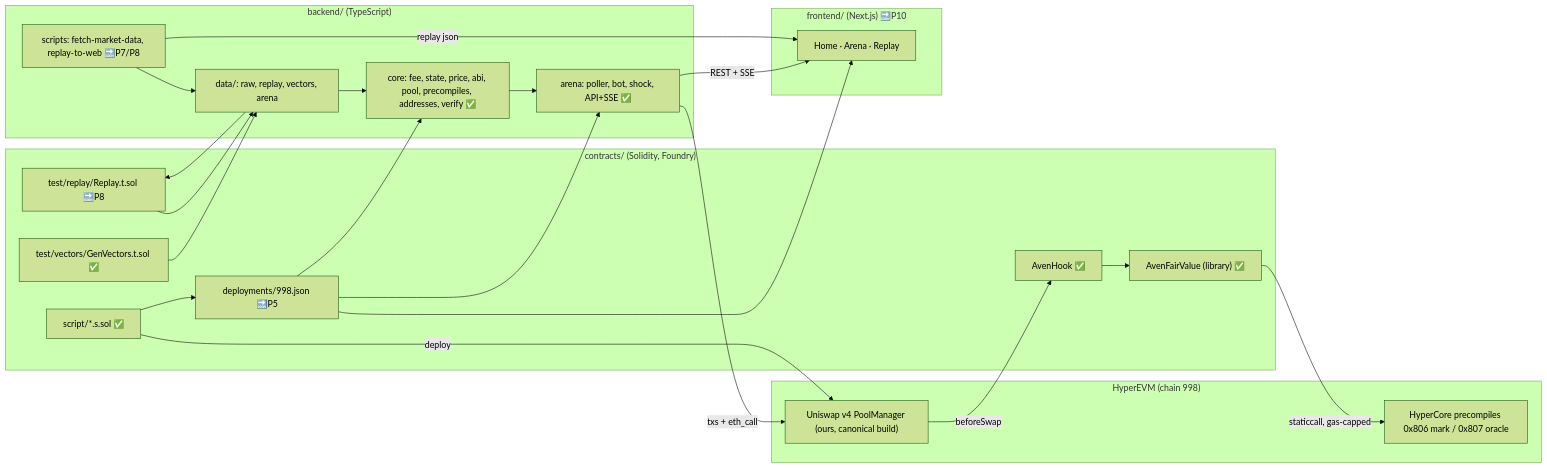
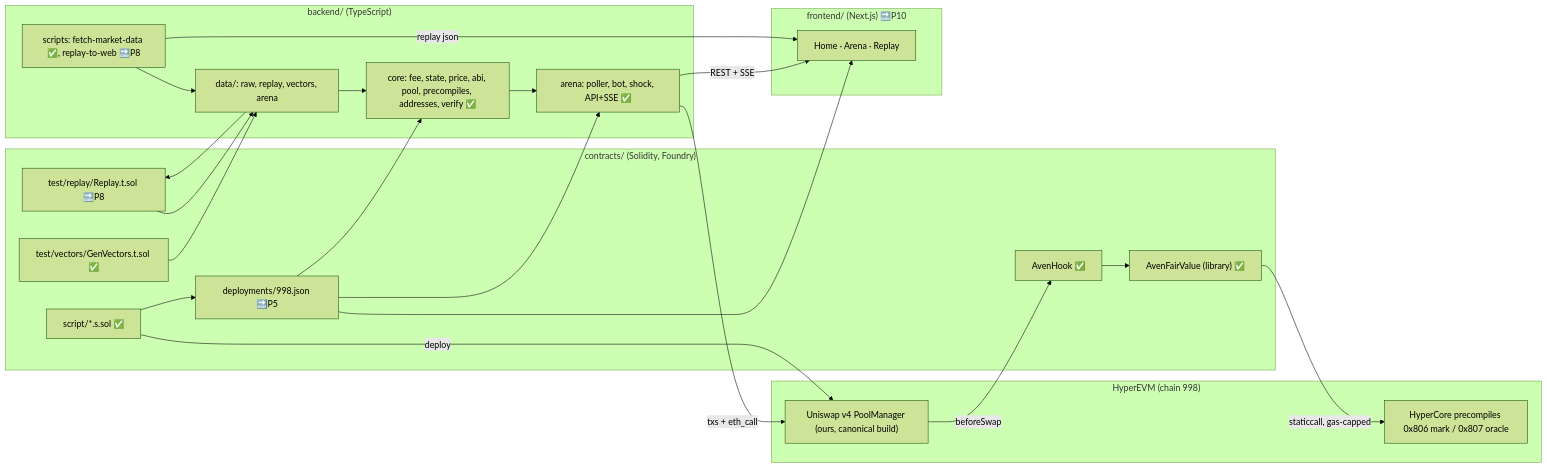
The diagram in docs/FLOW.md (SATISH-JALAN/Aven), drawn with Mermaid (forest theme) before and after one commit. The commit also changed other lines of this file and 17 other files, not shown here.

First line of the commit message:
data: fetch Hyperliquid market data for replay scenarios

````diff
--- a/docs/FLOW.md
+++ b/docs/FLOW.md
@@ -13,34 +13,34 @@
 ```mermaid
 flowchart LR
   subgraph contracts["contracts/ (Solidity, Foundry)"]
     FV["AvenFairValue (library) ✅"]
     HK["AvenHook ✅"]
     SC["script/*.s.sol ✅"]
     DEP["deployments/998.json 🔜P5"]
     REP["test/replay/Replay.t.sol 🔜P8"]
     VEC["test/vectors/GenVectors.t.sol ✅"]
   end
   subgraph chain["HyperEVM (chain 998)"]
     PM["Uniswap v4 PoolManager (ours, canonical build)"]
     PC["HyperCore precompiles 0x806 mark / 0x807 oracle"]
   end
   subgraph backend["backend/ (TypeScript)"]
     CORE["core: fee, state, price, abi, pool, precompiles, addresses, verify ✅"]
     ARENA["arena: poller, bot, shock, API+SSE ✅"]
-    SCR["scripts: fetch-market-data, replay-to-web 🔜P7/P8"]
+    SCR["scripts: fetch-market-data ✅, replay-to-web 🔜P8"]
     DATA["data/: raw, replay, vectors, arena"]
   end
   subgraph frontend["frontend/ (Next.js) 🔜P10"]
     WEB["Home · Arena · Replay"]
   end
   SC -->|deploy| PM
   SC --> DEP
   PM -->|beforeSwap| HK --> FV -->|staticcall, gas-capped| PC
   DEP --> CORE & ARENA & WEB
   ARENA -->|txs + eth_call| PM
   ARENA -->|REST + SSE| WEB
   CORE --> ARENA
   VEC --> DATA --> CORE
   SCR --> DATA --> REP --> DATA
   SCR -->|replay json| WEB
 ```
````
